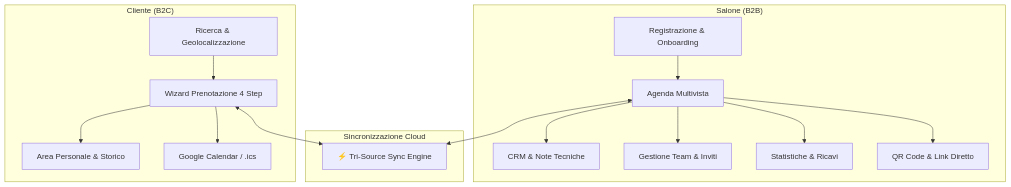
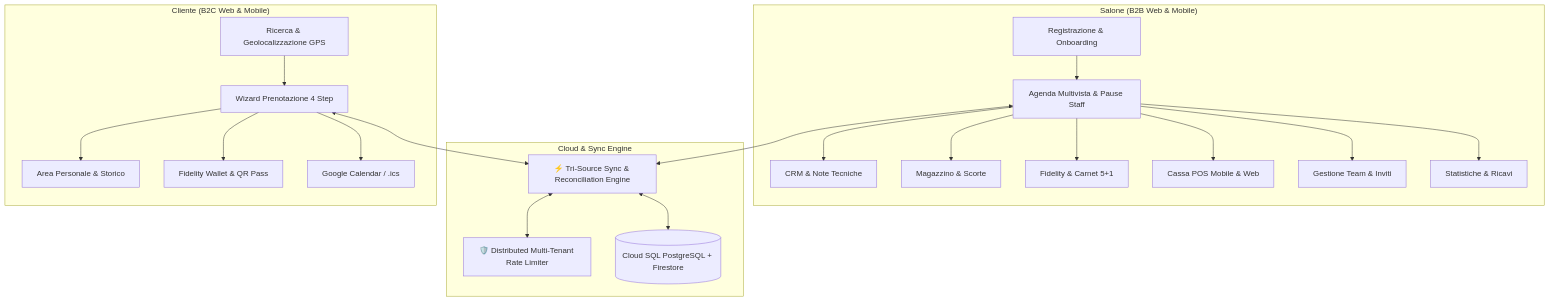
The first of 2 diagrams in README.md (MattiaGabellieri2008/Trimmy), drawn with Mermaid before and after one commit. The commit also changed other lines of this file and 2 other files, not shown here.

Commit message:
docs: update all project READMEs with mobile app, inventory, fidelity, and GDPR features

````diff
--- a/README.md
+++ b/README.md
@@ -40,23 +45,30 @@
 ```mermaid
 flowchart TD
-    subgraph "Salone (B2B)"
-        S_Reg[Registrazione & Onboarding] --> S_Agenda[Agenda Multivista]
+    subgraph "Salone (B2B Web & Mobile)"
+        S_Reg[Registrazione & Onboarding] --> S_Agenda[Agenda Multivista & Pause Staff]
         S_Agenda --> S_CRM[CRM & Note Tecniche]
+        S_Agenda --> S_Mag[Magazzino & Scorte]
+        S_Agenda --> S_Fid[Fidelity & Carnet 5+1]
+        S_Agenda --> S_POS[Cassa POS Mobile & Web]
         S_Agenda --> S_Team[Gestione Team & Inviti]
         S_Agenda --> S_Stats[Statistiche & Ricavi]
-        S_Agenda --> S_QR[QR Code & Link Diretto]
     end
 
-    subgraph "Sincronizzazione Cloud"
-        SyncEngine[⚡ Tri-Source Sync Engine]
+    subgraph "Cloud & Sync Engine"
+        SyncEngine[⚡ Tri-Source Sync & Reconciliation Engine]
+        RateLimit[🛡️ Distributed Multi-Tenant Rate Limiter]
+        GCP[(Cloud SQL PostgreSQL + Firestore)]
     end
 
-    subgraph "Cliente (B2C)"
-        C_Search[Ricerca & Geolocalizzazione] --> C_Book[Wizard Prenotazione 4 Step]
+    subgraph "Cliente (B2C Web & Mobile)"
+        C_Search[Ricerca & Geolocalizzazione GPS] --> C_Book[Wizard Prenotazione 4 Step]
         C_Book --> C_Area[Area Personale & Storico]
+        C_Book --> C_Wall[Fidelity Wallet & QR Pass]
         C_Book --> C_Cal[Google Calendar / .ics]
     end
 
     S_Agenda <--> SyncEngine
     C_Book <--> SyncEngine
+    SyncEngine <--> RateLimit
+    SyncEngine <--> GCP
 ```
````
